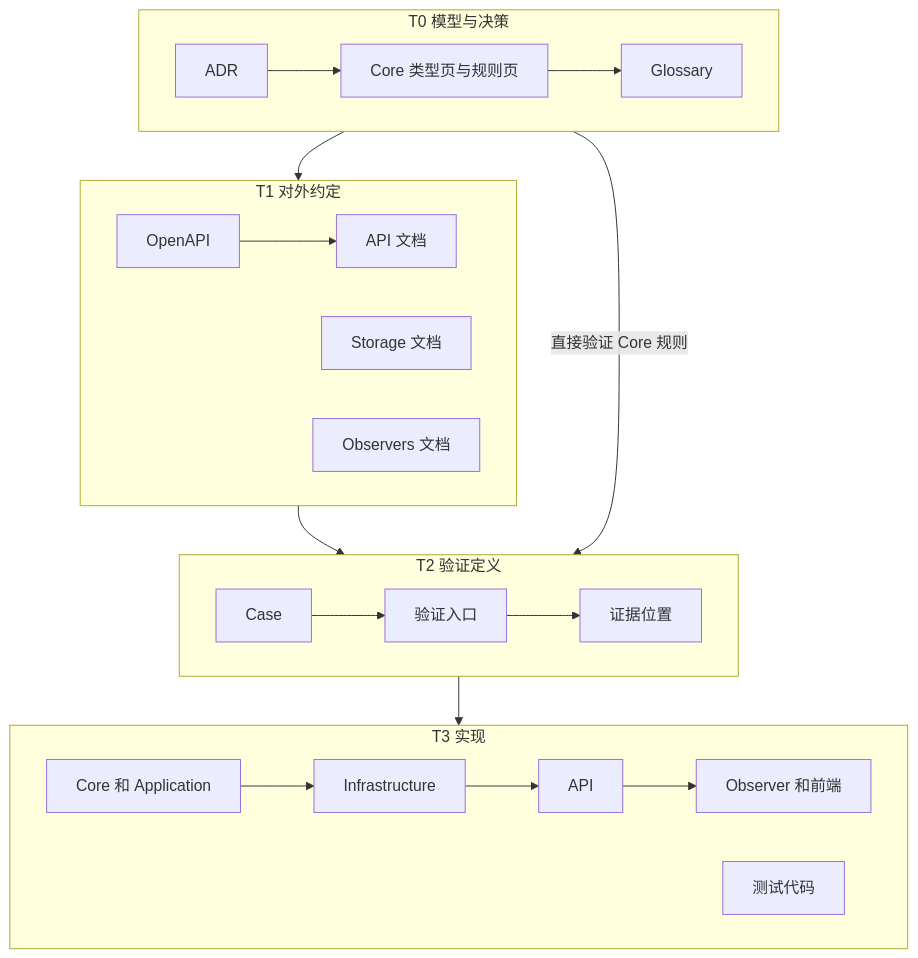
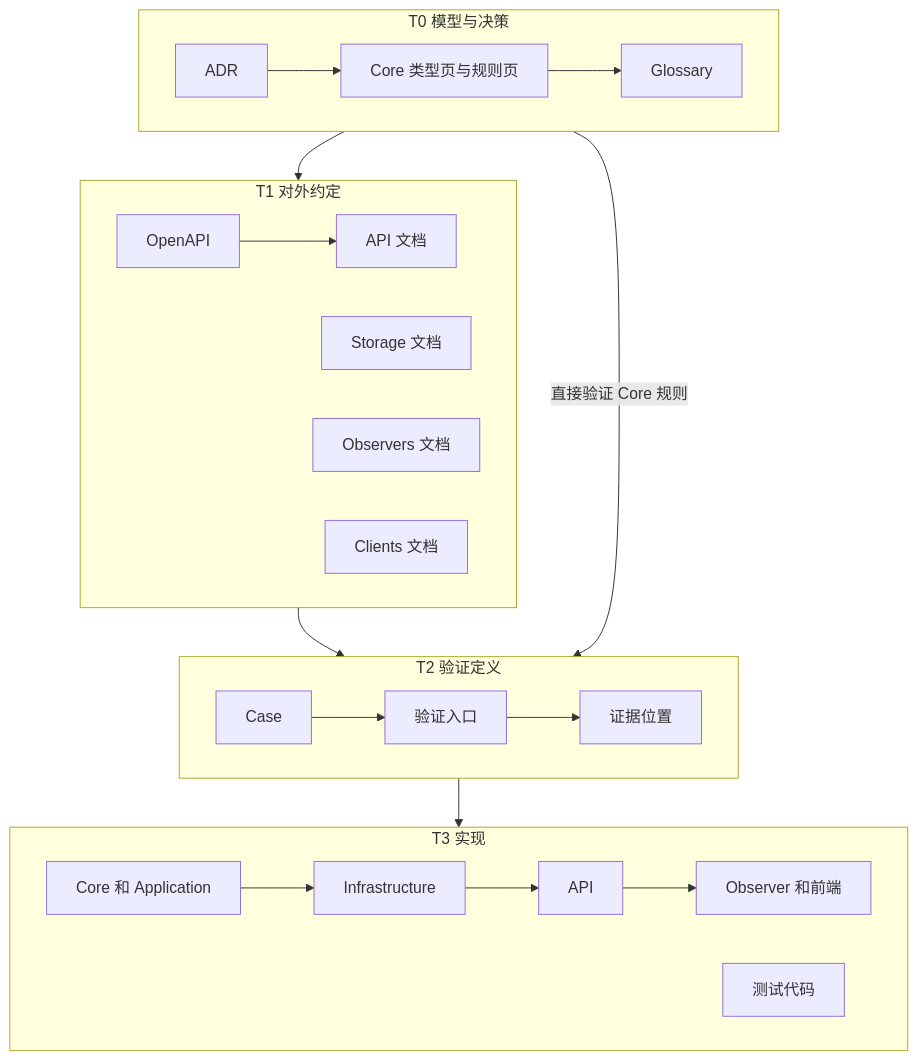
The first of 2 diagrams in src/Docs/Orisumi.Docs/content/docs/adr/documentation-authority.mdx (shenxianovo/Heartbeat), drawn with Mermaid before and after one commit. The commit also changed other lines of this file and 42 other files, not shown here.

````diff
--- a/src/Docs/Orisumi.Docs/content/docs/adr/documentation-authority.mdx
+++ b/src/Docs/Orisumi.Docs/content/docs/adr/documentation-authority.mdx
@@ -78,24 +78,25 @@
 ```mermaid
 flowchart TD
   subgraph T0[T0 模型与决策]
     ADR[ADR] --> CORE[Core 类型页与规则页] --> GLO[Glossary]
   end
 
   subgraph T1[T1 对外约定]
     OAS[OpenAPI] --> APIDOC[API 文档]
     STO[Storage 文档]
     OBS[Observers 文档]
+    CLI[Clients 文档]
   end
 
   subgraph T2[T2 验证定义]
     CASE[Case] --> ENTRY[验证入口] --> EVID[证据位置]
   end
 
   subgraph T3[T3 实现]
     C3[Core 和 Application] --> I3[Infrastructure] --> A3[API] --> O3[Observer 和前端]
     TEST[测试代码]
   end
 
   T0 --> T1 --> T2 --> T3
   T0 -->|直接验证 Core 规则| T2
 ```
````
